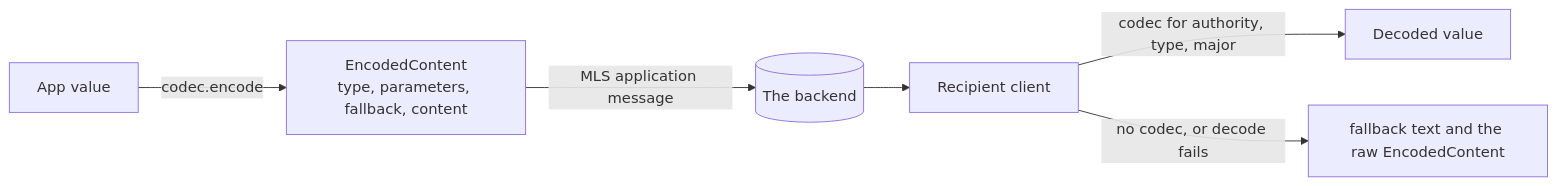
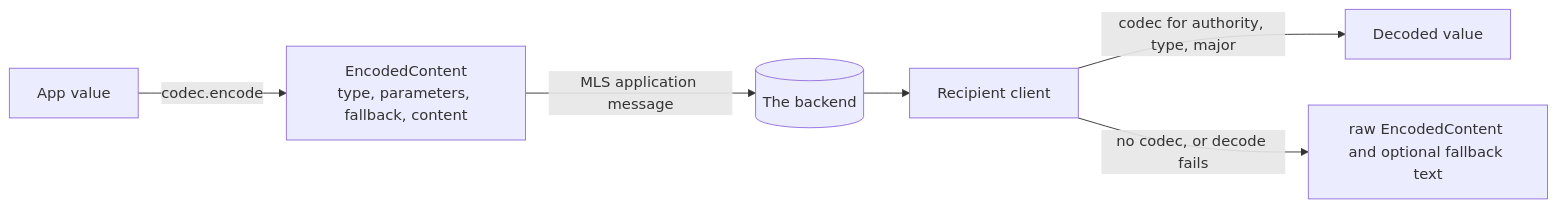
Before and after one commit to xmtp/libxmtp: the diagram in docs/specs/CTYPE-content-types.md, drawn with Mermaid. The commit also changed other lines of this file and 8 other files, not shown here.

````diff
--- a/docs/specs/CTYPE-content-types.md
+++ b/docs/specs/CTYPE-content-types.md
@@ -11,8 +11,8 @@
 ```mermaid
 flowchart LR
   A[App value] -->|codec.encode| E[EncodedContent<br/>type, parameters, fallback, content]
   E -->|MLS application message| N[(The backend)]
   N --> R[Recipient client]
   R -->|codec for authority, type, major| D[Decoded value]
-  R -->|no codec, or decode fails| F[fallback text and the raw EncodedContent]
+  R -->|no codec, or decode fails| F[raw EncodedContent and optional fallback text]
 ```
````
